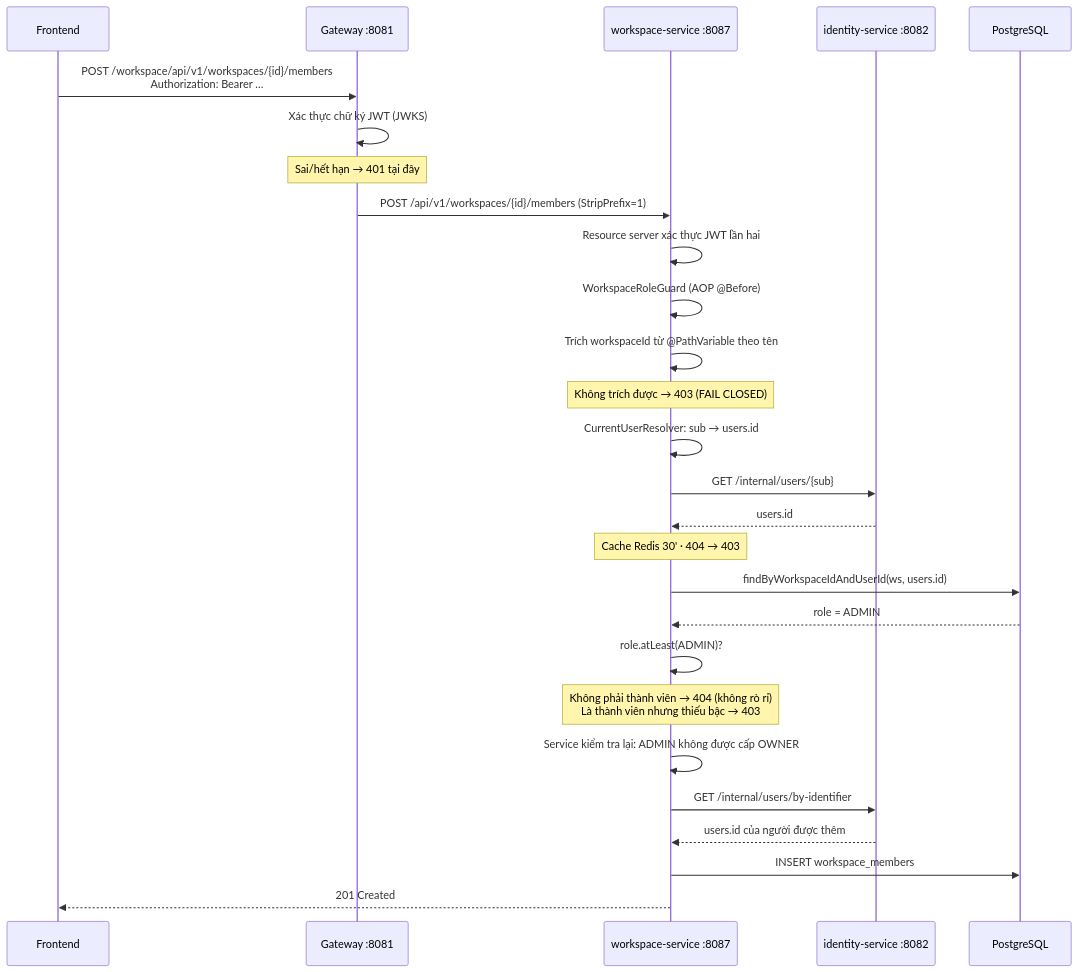
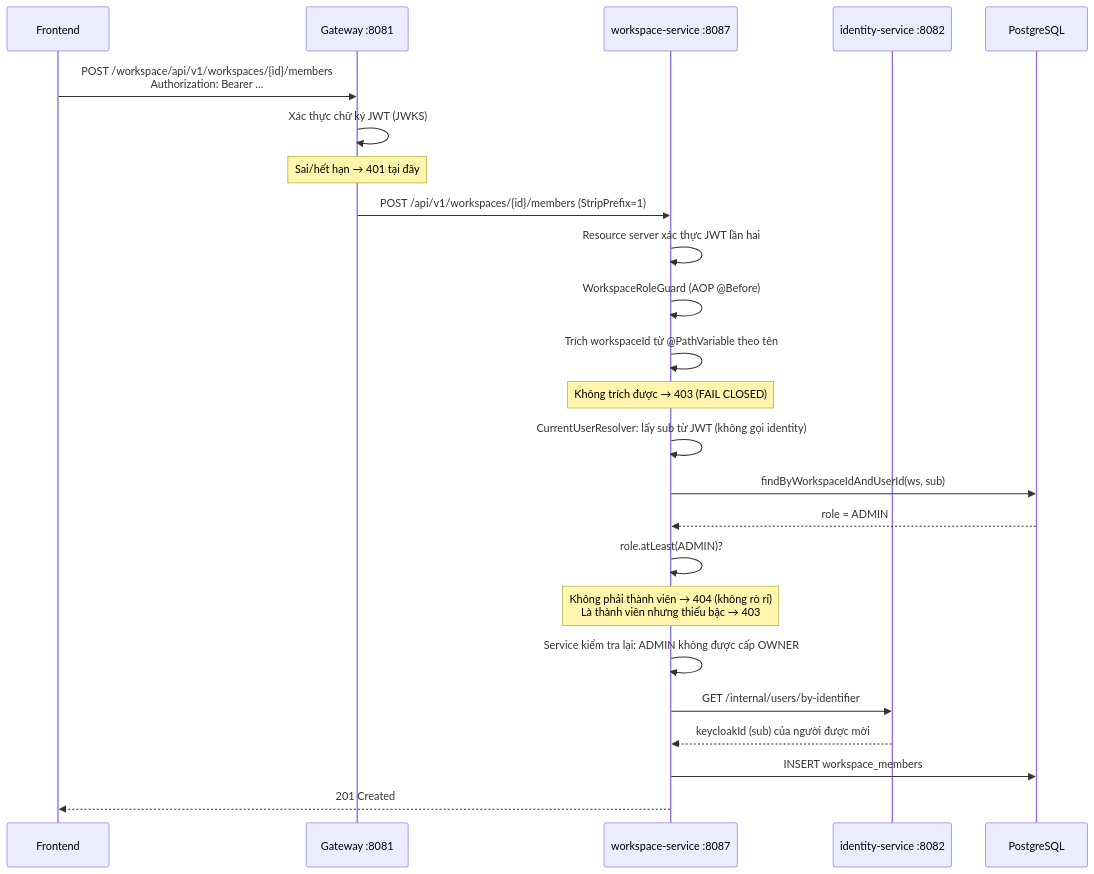
The second of 2 diagrams in docs/AUTHORIZATION.md (Hecker-Chuoi/DATN-2026), drawn with Mermaid before and after one commit. The commit also changed other lines of this file and 2 other files, not shown here.

First line of the commit message:
docs: quy ước user id toàn hệ thống là Keycloak sub

````diff
--- a/docs/AUTHORIZATION.md
+++ b/docs/AUTHORIZATION.md
@@ -338,34 +314,31 @@
 ```mermaid
 sequenceDiagram
     participant FE as Frontend
     participant GW as Gateway :8081
     participant WS as workspace-service :8087
     participant ID as identity-service :8082
     participant DB as PostgreSQL
 
     FE->>GW: POST /workspace/api/v1/workspaces/{id}/members<br/>Authorization: Bearer …
     GW->>GW: Xác thực chữ ký JWT (JWKS)
     Note over GW: Sai/hết hạn → 401 tại đây
     GW->>WS: POST /api/v1/workspaces/{id}/members (StripPrefix=1)
 
     WS->>WS: Resource server xác thực JWT lần hai
     WS->>WS: WorkspaceRoleGuard (AOP @Before)
     WS->>WS: Trích workspaceId từ @PathVariable theo tên
     Note over WS: Không trích được → 403 (FAIL CLOSED)
 
-    WS->>WS: CurrentUserResolver: sub → users.id
-    WS->>ID: GET /internal/users/{sub}
-    ID-->>WS: users.id
-    Note over WS: Cache Redis 30' · 404 → 403
+    WS->>WS: CurrentUserResolver: lấy sub từ JWT (không gọi identity)
 
-    WS->>DB: findByWorkspaceIdAndUserId(ws, users.id)
+    WS->>DB: findByWorkspaceIdAndUserId(ws, sub)
     DB-->>WS: role = ADMIN
     WS->>WS: role.atLeast(ADMIN)?
     Note over WS: Không phải thành viên → 404 (không rò rỉ)<br/>Là thành viên nhưng thiếu bậc → 403
 
     WS->>WS: Service kiểm tra lại: ADMIN không được cấp OWNER
     WS->>ID: GET /internal/users/by-identifier
-    ID-->>WS: users.id của người được thêm
+    ID-->>WS: keycloakId (sub) của người được mời
     WS->>DB: INSERT workspace_members
     WS-->>FE: 201 Created
 ```
````
